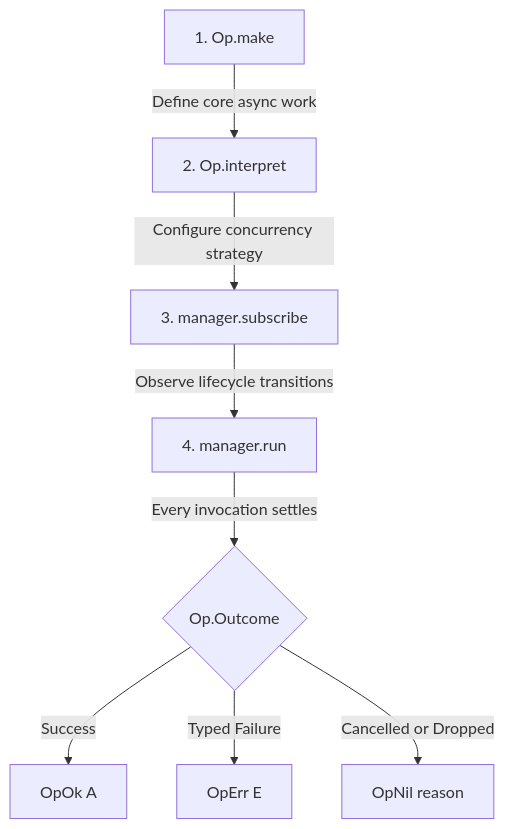
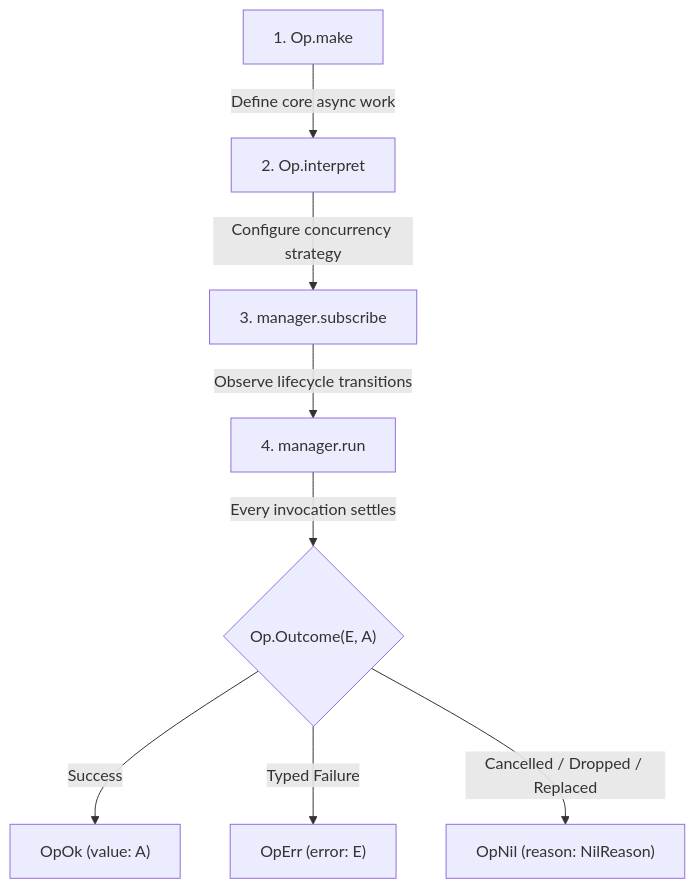
One commit to nlozgachev/pipelined changed the first of 2 diagrams in docs/src/content/docs/guides/op.mdx. Above: the diagram before and after it, drawn with Mermaid. The commit also changed other lines of this file and 22 other files, not shown here.

Commit message:
docs: better diagrams

````diff
--- a/docs/src/content/docs/guides/op.mdx
+++ b/docs/src/content/docs/guides/op.mdx
@@ -66,10 +66,10 @@
 ```mermaid
-flowchart TD
+flowchart TB
     A["1. Op.make"] -->|"Define core async work"| B["2. Op.interpret"]
     B -->|"Configure concurrency strategy"| C["3. manager.subscribe"]
     C -->|"Observe lifecycle transitions"| D["4. manager.run"]
-    D -->|"Every invocation settles"| E{"Op.Outcome"}
-    E -->|"Success"| Ok["OpOk A"]
-    E -->|"Typed Failure"| Err["OpErr E"]
-    E -->|"Cancelled or Dropped"| Nil["OpNil reason"]
+    D -->|"Every invocation settles"| E{"Op.Outcome(E, A)"}
+    E -->|"Success"| Ok["OpOk (value: A)"]
+    E -->|"Typed Failure"| Err["OpErr (error: E)"]
+    E -->|"Cancelled / Dropped / Replaced"| Nil["OpNil (reason: NilReason)"]
 ```
````
